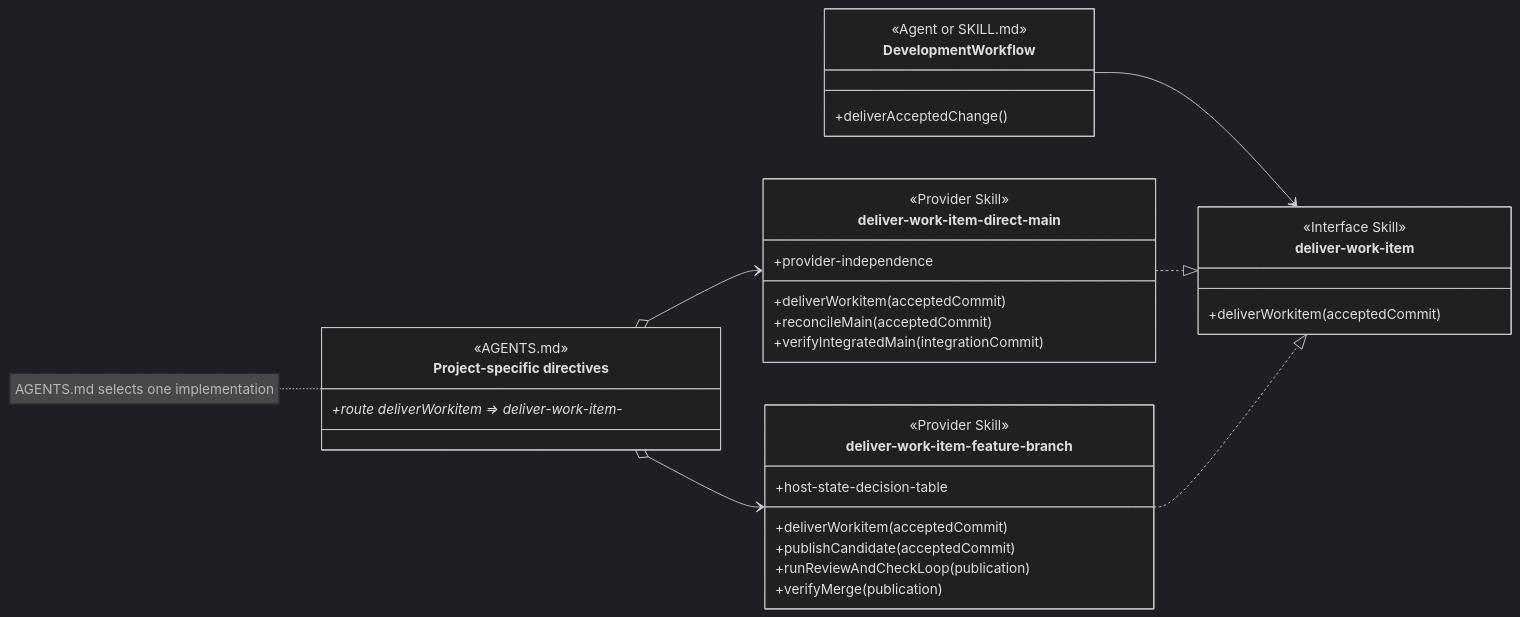
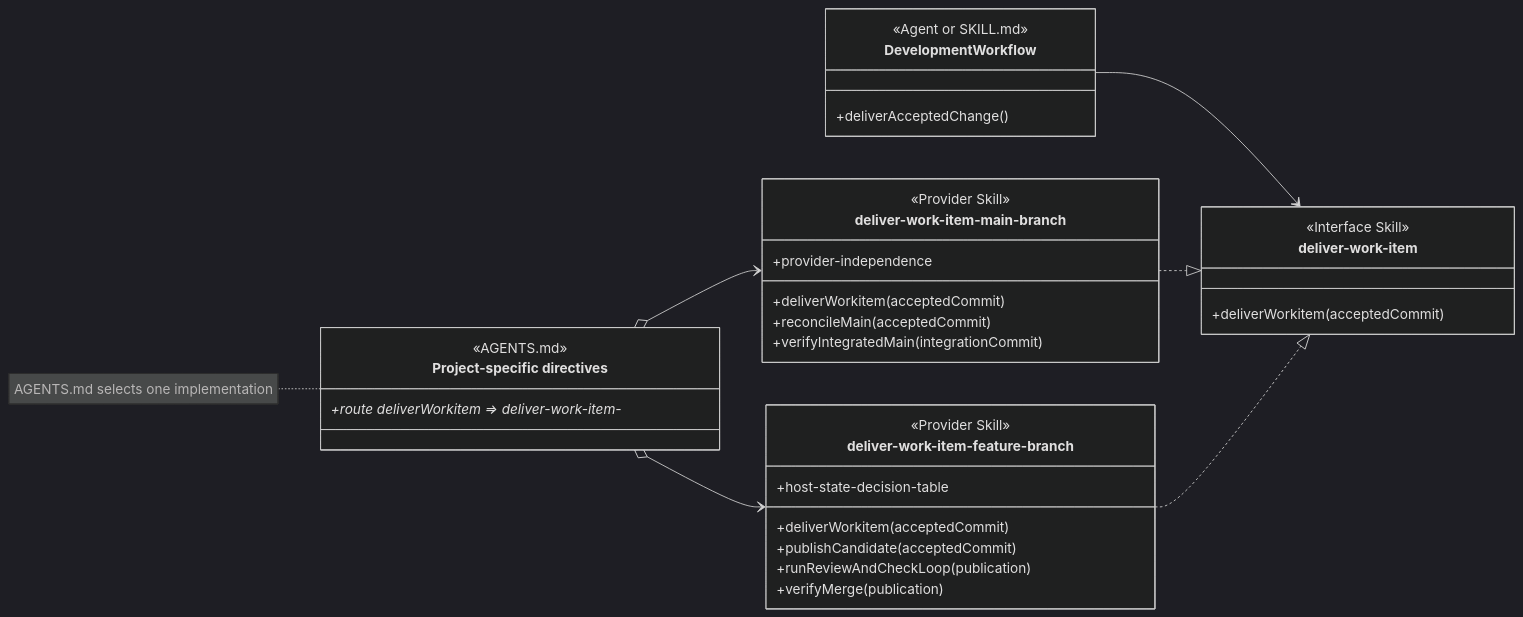
Before and after one commit to martinbechard/dev-methodology: diagram 14 of 16 in design/object-oriented-agent-and-skill-model.md, drawn with Mermaid (dark theme). The commit also changed other lines of this file and 54 other files, not shown here.

Commit message:
Rename main branch delivery provider

````diff
--- a/design/object-oriented-agent-and-skill-model.md
+++ b/design/object-oriented-agent-and-skill-model.md
@@ -659,45 +659,45 @@
 ```mermaid
 classDiagram
     direction LR
 
     class DevelopmentWorkflow {
         <<Agent or SKILL.md>>
         +deliverAcceptedChange()
     }
 
     class DeliverWorkitem["deliver-work-item"] {
         <<Interface Skill>>
         +deliverWorkitem(acceptedCommit)
     }
 
     class project-specific-directives["Project-specific directives"] {
         <<AGENTS.md>>
         <<routing>>
         +route deliverWorkitem => deliver-work-item-*
     }
 
-    class deliver-work-item-direct-main {
+    class deliver-work-item-main-branch {
         <<Provider Skill>>
         +deliverWorkitem(acceptedCommit)
         +reconcileMain(acceptedCommit)
         +verifyIntegratedMain(integrationCommit)
         +provider-independence
     }
 
     class deliver-work-item-feature-branch {
         <<Provider Skill>>
         +deliverWorkitem(acceptedCommit)
         +publishCandidate(acceptedCommit)
         +runReviewAndCheckLoop(publication)
         +verifyMerge(publication)
         +host-state-decision-table
     }
 
     DevelopmentWorkflow --> DeliverWorkitem
-    project-specific-directives o--> deliver-work-item-direct-main
+    project-specific-directives o--> deliver-work-item-main-branch
     project-specific-directives o--> deliver-work-item-feature-branch
-    deliver-work-item-direct-main ..|> DeliverWorkitem
+    deliver-work-item-main-branch ..|> DeliverWorkitem
     deliver-work-item-feature-branch ..|> DeliverWorkitem
 
     note for project-specific-directives "AGENTS.md selects one implementation"
 ```
````
